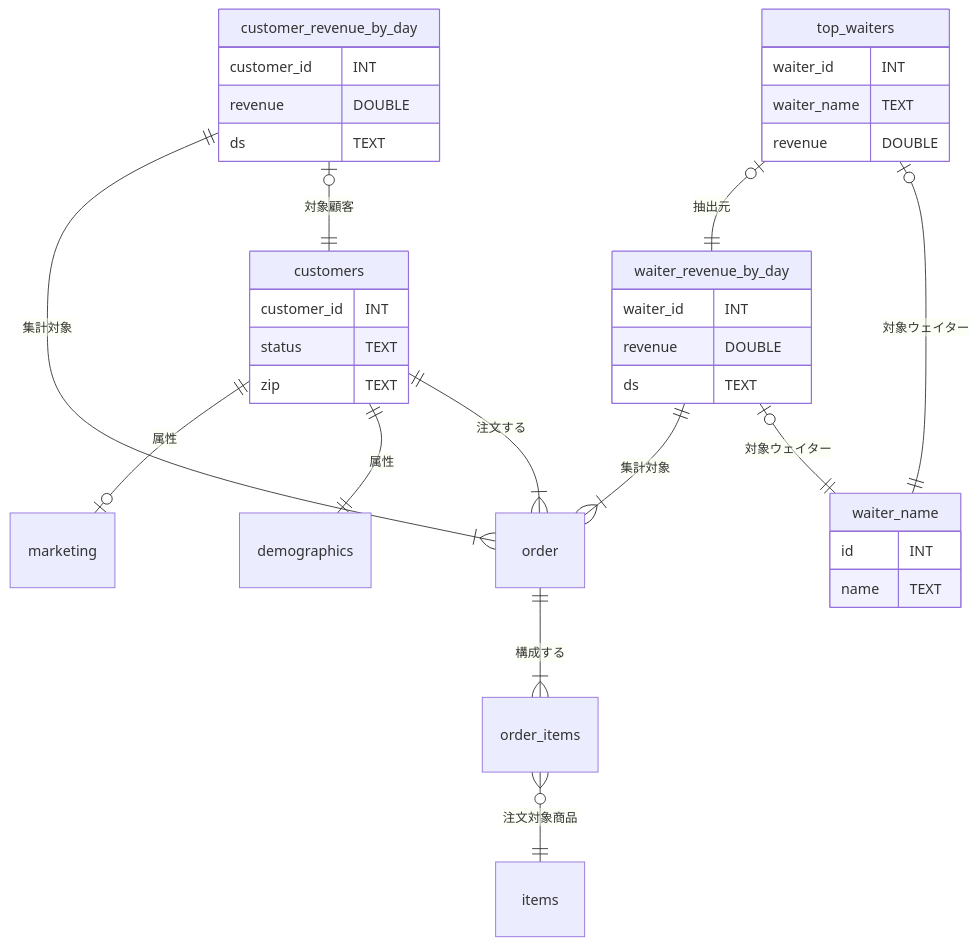
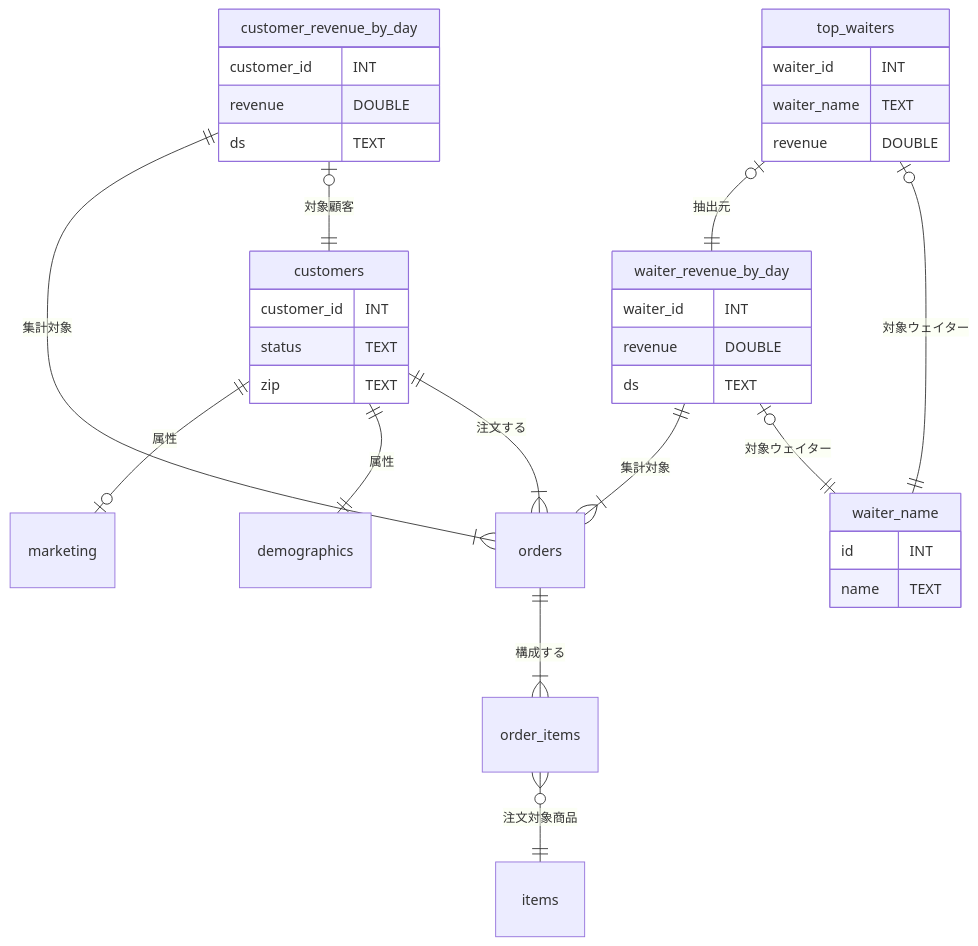
One commit to take0a/zenn-docs changed the second of 2 diagrams in articles/8752f660373534.md. Above: the diagram before and after it, drawn with Mermaid. The commit also changed other lines of this file, not shown here.

````diff
--- a/articles/8752f660373534.md
+++ b/articles/8752f660373534.md
@@ -251,48 +254,48 @@
 ```mermaid
 erDiagram
-    order ||--|{ order_items : "構成する"
+    orders||--|{ order_items : "構成する"
     order_items }o--|| items : "注文対象商品"
     marketing {
     }
     demographics {
     }
-    order {
+    orders{
     }
     order_items {
     }
     items {
     }
     waiter_name {
         id INT
         name TEXT
     }
-    customers ||--|{ order : "注文する"
+    customers ||--|{ orders: "注文する"
     customers ||--|| demographics : "属性"
     customers ||--o| marketing : "属性"
     customers {
         customer_id INT
         status TEXT
         zip TEXT
     }
     customer_revenue_by_day |o--|| customers : "対象顧客"
-    customer_revenue_by_day ||--|{ order : "集計対象"
+    customer_revenue_by_day ||--|{ orders: "集計対象"
     customer_revenue_by_day {
         customer_id INT
         revenue DOUBLE
         ds TEXT
     }
     waiter_revenue_by_day |o--|| waiter_name : "対象ウェイター"
-    waiter_revenue_by_day ||--|{ order : "集計対象"
+    waiter_revenue_by_day ||--|{ orders: "集計対象"
     waiter_revenue_by_day {
         waiter_id INT
         revenue DOUBLE
         ds TEXT
     }
     top_waiters |o--|| waiter_name : "対象ウェイター"
     top_waiters |o--|| waiter_revenue_by_day : "抽出元"
     top_waiters {
         waiter_id INT
         waiter_name TEXT
         revenue DOUBLE
     }
 ```
````
